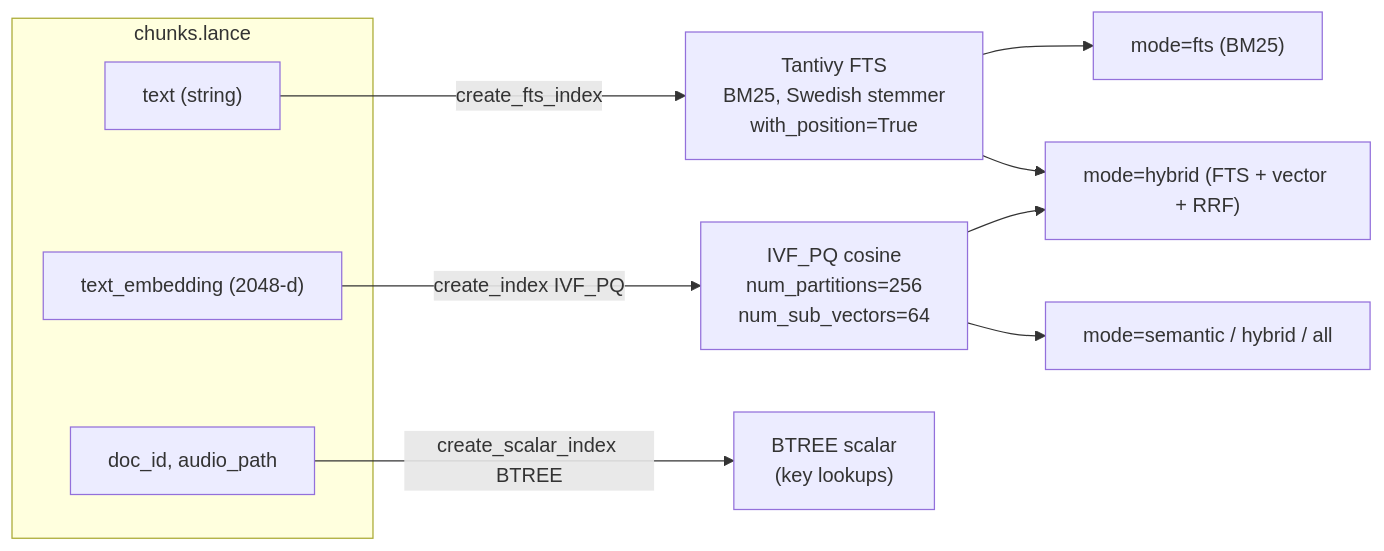
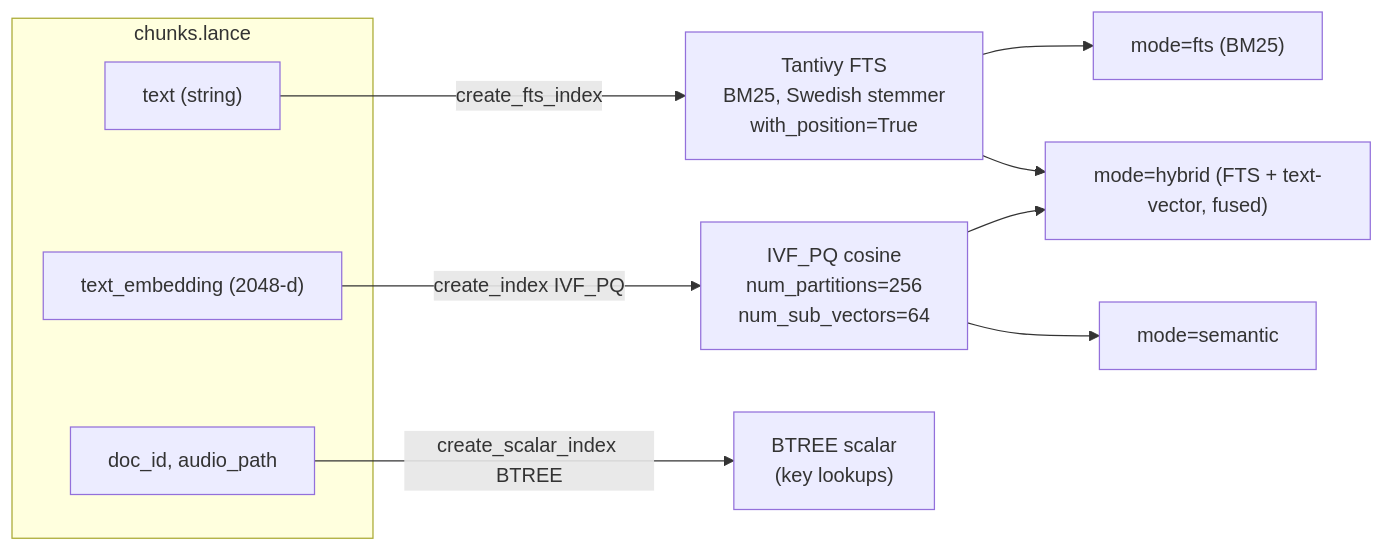
The third of 3 diagrams in docs/STORAGE.md (Borg93/lance-audio-demo), drawn with Mermaid before and after one commit. The commit also changed other lines of this file and 17 other files, not shown here.

````diff
--- a/docs/STORAGE.md
+++ b/docs/STORAGE.md
@@ -298,15 +306,15 @@
 ```mermaid
 flowchart LR
     subgraph chunks_table["chunks.lance"]
         T["text (string)"]
         TE["text_embedding (2048-d)"]
         DI["doc_id, audio_path"]
     end
     T -->|"create_fts_index"| FTS["Tantivy FTS<br/>BM25, Swedish stemmer<br/>with_position=True"]
     TE -->|"create_index IVF_PQ"| ANN["IVF_PQ cosine<br/>num_partitions=256<br/>num_sub_vectors=64"]
     DI -->|"create_scalar_index BTREE"| BT["BTREE scalar<br/>(key lookups)"]
     FTS --> Q1["mode=fts (BM25)"]
-    ANN --> Q2["mode=semantic / hybrid / all"]
-    FTS --> Q3["mode=hybrid (FTS + vector + RRF)"]
+    ANN --> Q2["mode=semantic"]
+    FTS --> Q3["mode=hybrid (FTS + text-vector, fused)"]
     ANN --> Q3
 ```
````
